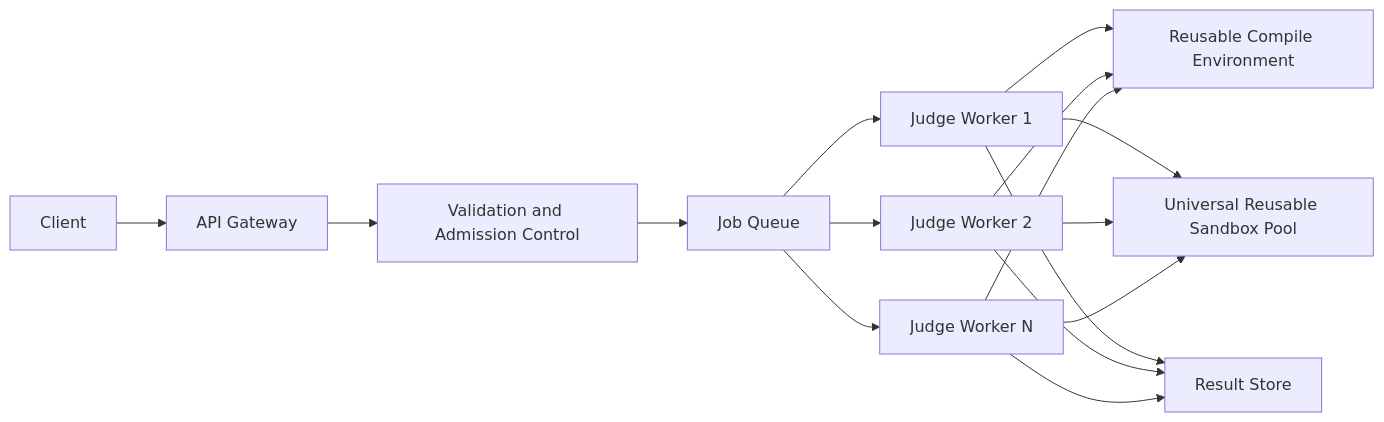
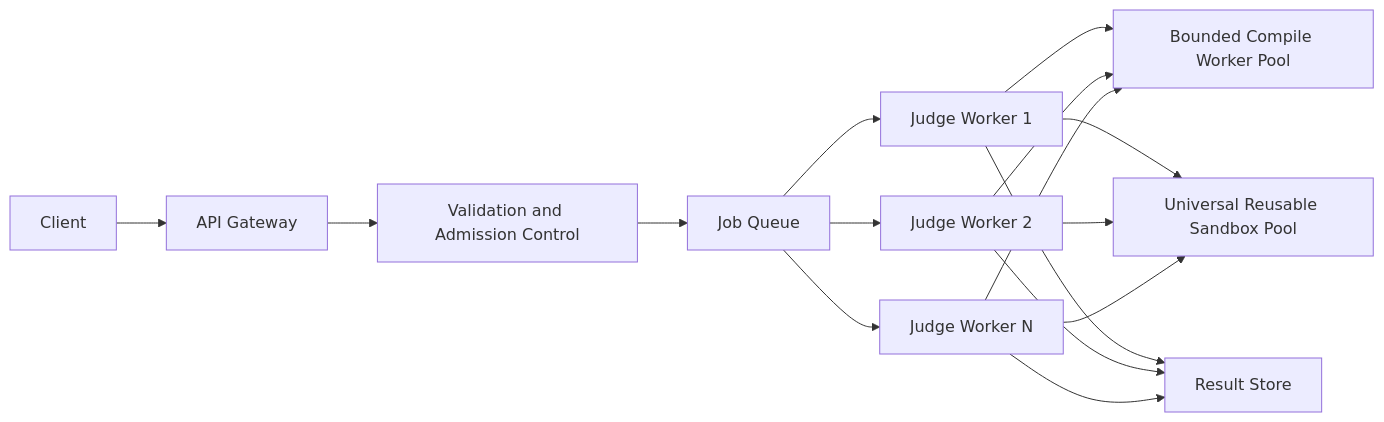
Before and after one commit to PixelsBH/YexJudge: the second of 2 diagrams in architecture.md, drawn with Mermaid. The commit also changed other lines of this file and 9 other files, not shown here.

````diff
--- a/architecture.md
+++ b/architecture.md
@@ -245,18 +245,18 @@
 ```mermaid
 flowchart LR
     Client[Client] --> Gateway[API Gateway]
     Gateway --> Validate[Validation and Admission Control]
     Validate --> Queue[Job Queue]
     Queue --> Worker1[Judge Worker 1]
     Queue --> Worker2[Judge Worker 2]
     Queue --> WorkerN[Judge Worker N]
-    Worker1 --> CompilePool[Reusable Compile Environment]
+    Worker1 --> CompilePool[Bounded Compile Worker Pool]
     Worker2 --> CompilePool
     WorkerN --> CompilePool
     Worker1 --> SandboxPool[Universal Reusable Sandbox Pool]
     Worker2 --> SandboxPool
     WorkerN --> SandboxPool
     Worker1 --> Results[Result Store]
     Worker2 --> Results
     WorkerN --> Results
 ```
````
